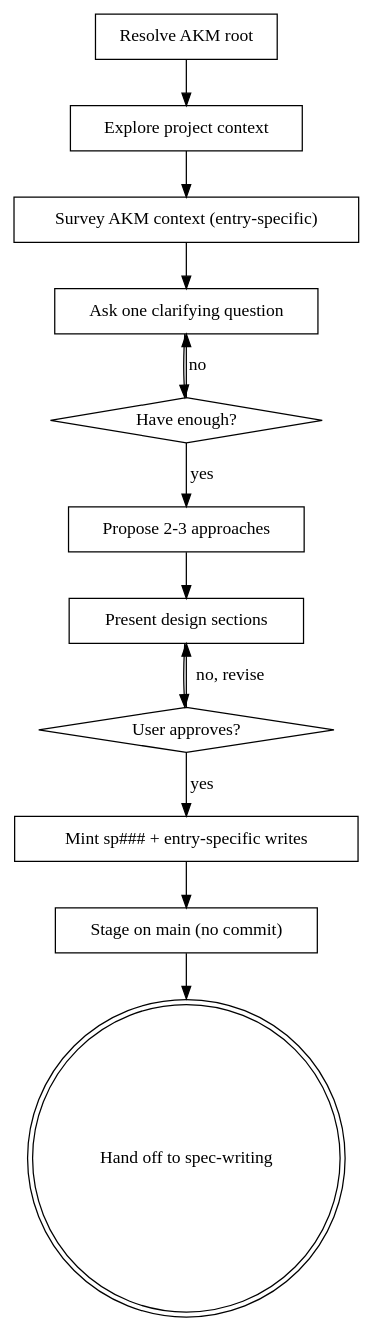
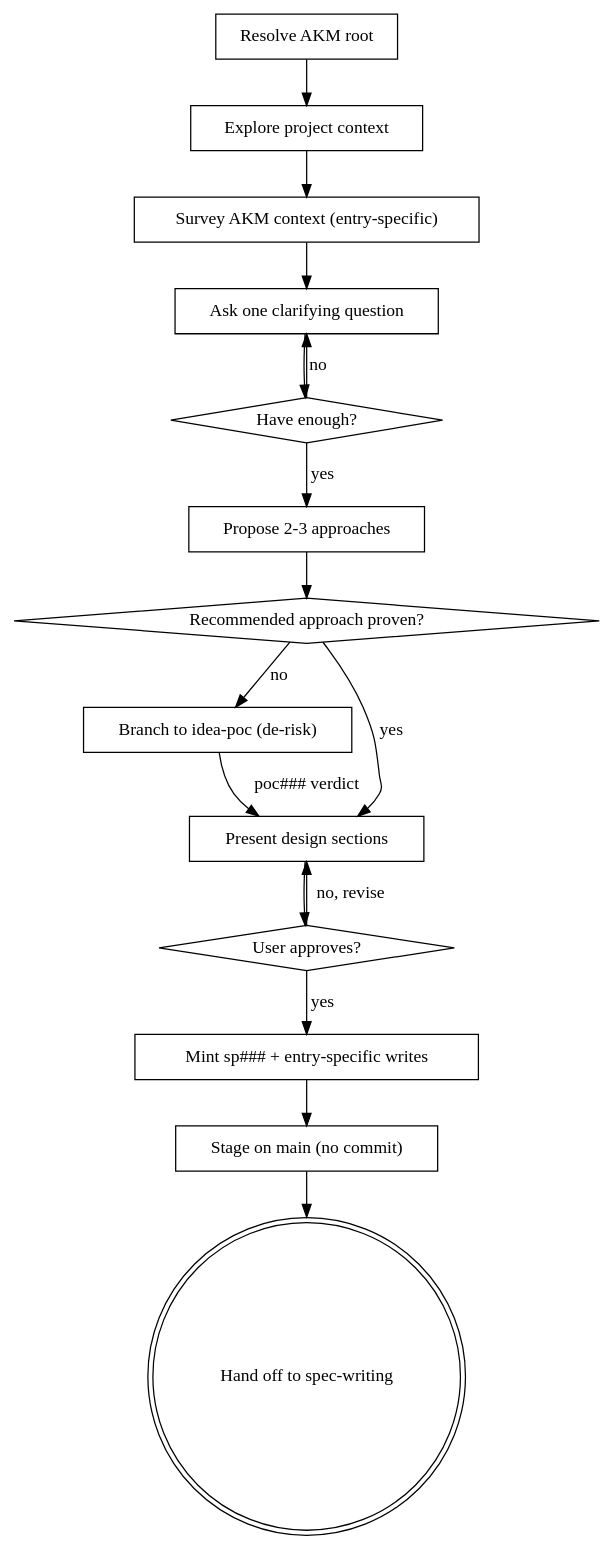
One commit to b3tchi/dotfiles changed the diagram in claude/marketplace/plugins/infinifu/skills/idea-brainstorming/SKILL.md. Above: the diagram before and after it, drawn with Graphviz. The commit also changed other lines of this file and 5 other files, not shown here.

````diff
--- a/claude/marketplace/plugins/infinifu/skills/idea-brainstorming/SKILL.md
+++ b/claude/marketplace/plugins/infinifu/skills/idea-brainstorming/SKILL.md
@@ -143,28 +156,33 @@
 ```dot
 digraph brainstorm_basics {
     "Resolve AKM root" [shape=box];
     "Explore project context" [shape=box];
     "Survey AKM context (entry-specific)" [shape=box];
     "Ask one clarifying question" [shape=box];
     "Have enough?" [shape=diamond];
     "Propose 2-3 approaches" [shape=box];
+    "Recommended approach proven?" [shape=diamond];
+    "Branch to idea-poc (de-risk)" [shape=box];
     "Present design sections" [shape=box];
     "User approves?" [shape=diamond];
     "Mint sp### + entry-specific writes" [shape=box];
     "Stage on main (no commit)" [shape=box];
     "Hand off to spec-writing" [shape=doublecircle];
 
     "Resolve AKM root" -> "Explore project context";
     "Explore project context" -> "Survey AKM context (entry-specific)";
     "Survey AKM context (entry-specific)" -> "Ask one clarifying question";
     "Ask one clarifying question" -> "Have enough?";
     "Have enough?" -> "Ask one clarifying question" [label="no"];
     "Have enough?" -> "Propose 2-3 approaches" [label="yes"];
-    "Propose 2-3 approaches" -> "Present design sections";
+    "Propose 2-3 approaches" -> "Recommended approach proven?";
+    "Recommended approach proven?" -> "Branch to idea-poc (de-risk)" [label="no"];
+    "Recommended approach proven?" -> "Present design sections" [label="yes"];
+    "Branch to idea-poc (de-risk)" -> "Present design sections" [label="poc### verdict"];
     "Present design sections" -> "User approves?";
     "User approves?" -> "Present design sections" [label="no, revise"];
     "User approves?" -> "Mint sp### + entry-specific writes" [label="yes"];
     "Mint sp### + entry-specific writes" -> "Stage on main (no commit)";
     "Stage on main (no commit)" -> "Hand off to spec-writing";
 }
 ```
````
